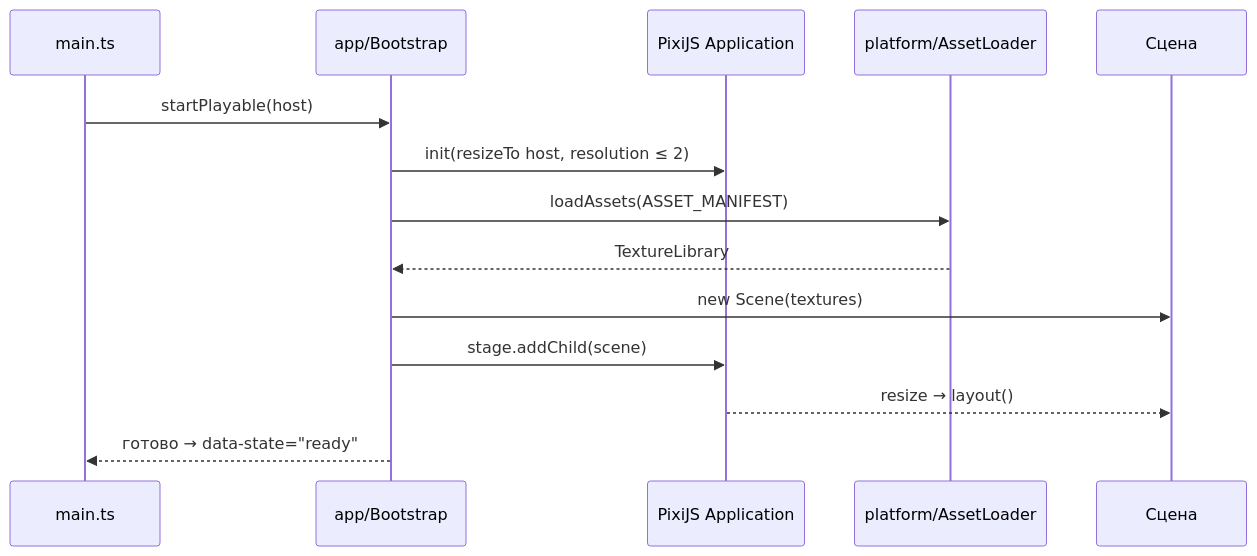
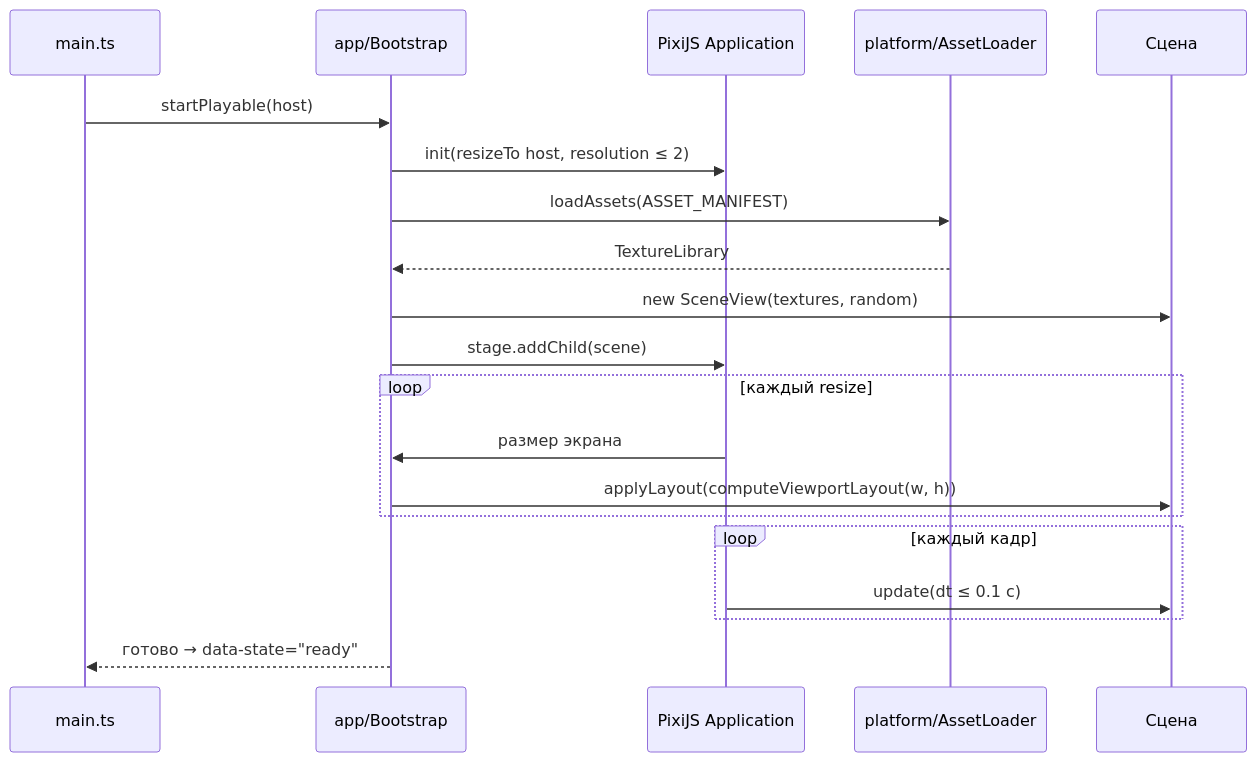
The third of 6 diagrams in README.md (sburdenko/bub-playables-pixi), drawn with Mermaid before and after one commit. The commit also changed other lines of this file and 17 other files, not shown here.

First line of the commit message:
feat: scene and layout for any screen (P2) (#3)

````diff
--- a/README.md
+++ b/README.md
@@ -86,17 +86,23 @@
 ```mermaid
 sequenceDiagram
     participant Main as main.ts
     participant Boot as app/Bootstrap
     participant Pixi as PixiJS Application
     participant Loader as platform/AssetLoader
     participant Scene as Сцена
 
     Main->>Boot: startPlayable(host)
     Boot->>Pixi: init(resizeTo host, resolution ≤ 2)
     Boot->>Loader: loadAssets(ASSET_MANIFEST)
     Loader-->>Boot: TextureLibrary
-    Boot->>Scene: new Scene(textures)
+    Boot->>Scene: new SceneView(textures, random)
     Boot->>Pixi: stage.addChild(scene)
-    Pixi-->>Scene: resize → layout()
+    loop каждый resize
+        Pixi->>Boot: размер экрана
+        Boot->>Scene: applyLayout(computeViewportLayout(w, h))
+    end
+    loop каждый кадр
+        Pixi->>Scene: update(dt ≤ 0.1 с)
+    end
     Boot-->>Main: готово → data-state="ready"
 ```
````
